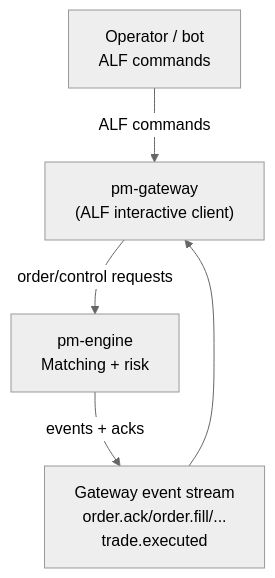
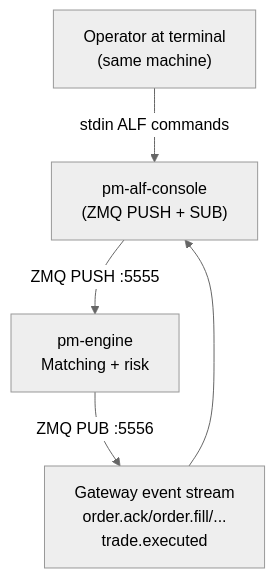
Before and after one commit to johan162/EduMatcher: the first of 5 diagrams in docs/user-guide/08-gateway.md, drawn with Mermaid (neutral theme). The commit also changed other lines of this file and 119 other files, not shown here.

````diff
--- a/docs/user-guide/08-gateway.md
+++ b/docs/user-guide/08-gateway.md
@@ -164,12 +177,12 @@
 ```mermaid
 flowchart TB
-  CL["Operator / bot\nALF commands"]
-  GW["pm-gateway\n(ALF interactive client)"]
+  CL["Operator at terminal\n(same machine)"]
+  GW["pm-alf-console\n(ZMQ PUSH + SUB)"]
   ENG["pm-engine\nMatching + risk"]
   EVT["Gateway event stream\norder.ack/order.fill/...\ntrade.executed"]
 
-  CL -->|"ALF commands"| GW
-  GW -->|"order/control requests"| ENG
-  ENG -->|"events + acks"| EVT
+  CL -->|"stdin ALF commands"| GW
+  GW -->|"ZMQ PUSH :5555"| ENG
+  ENG -->|"ZMQ PUB :5556"| EVT
   EVT --> GW
 ```
````
